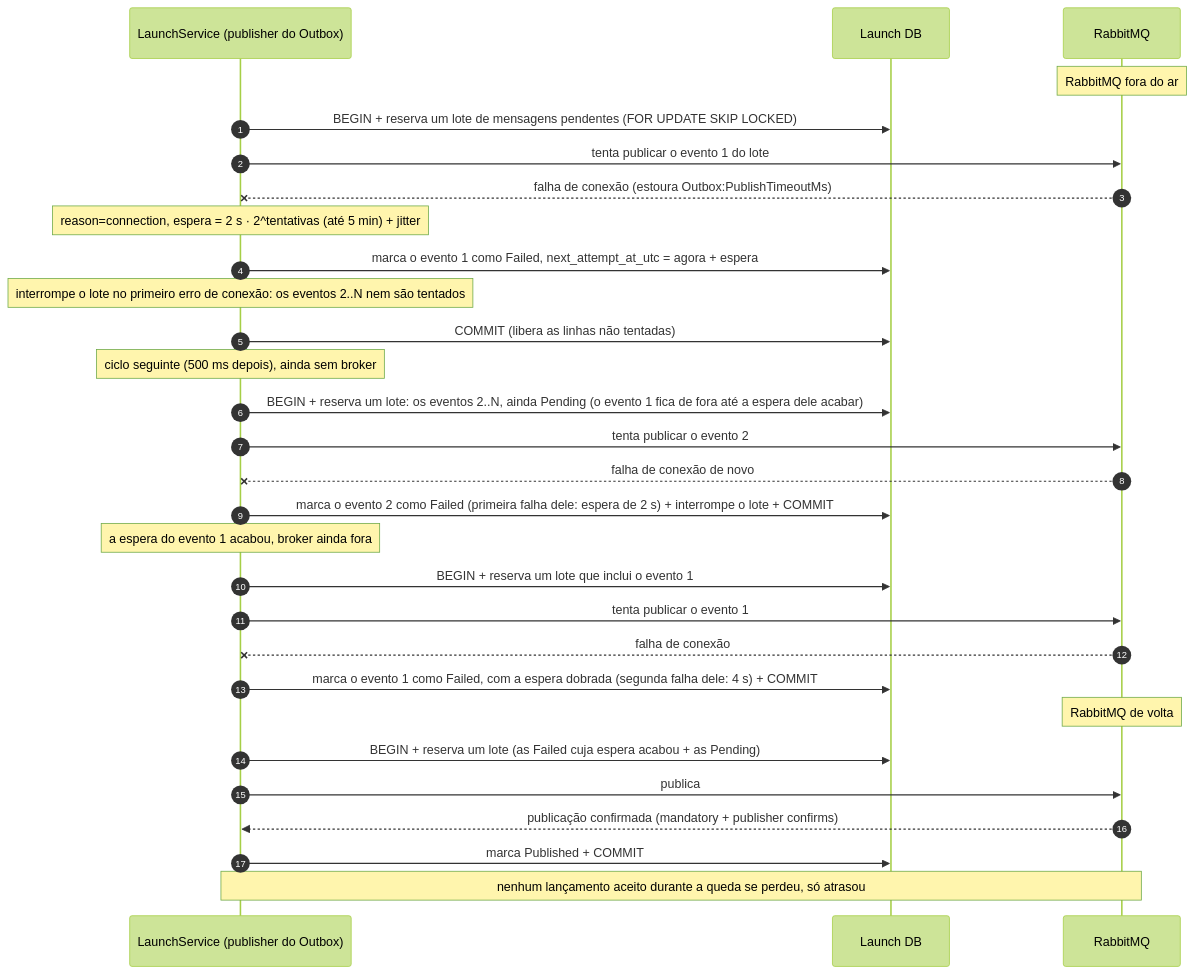
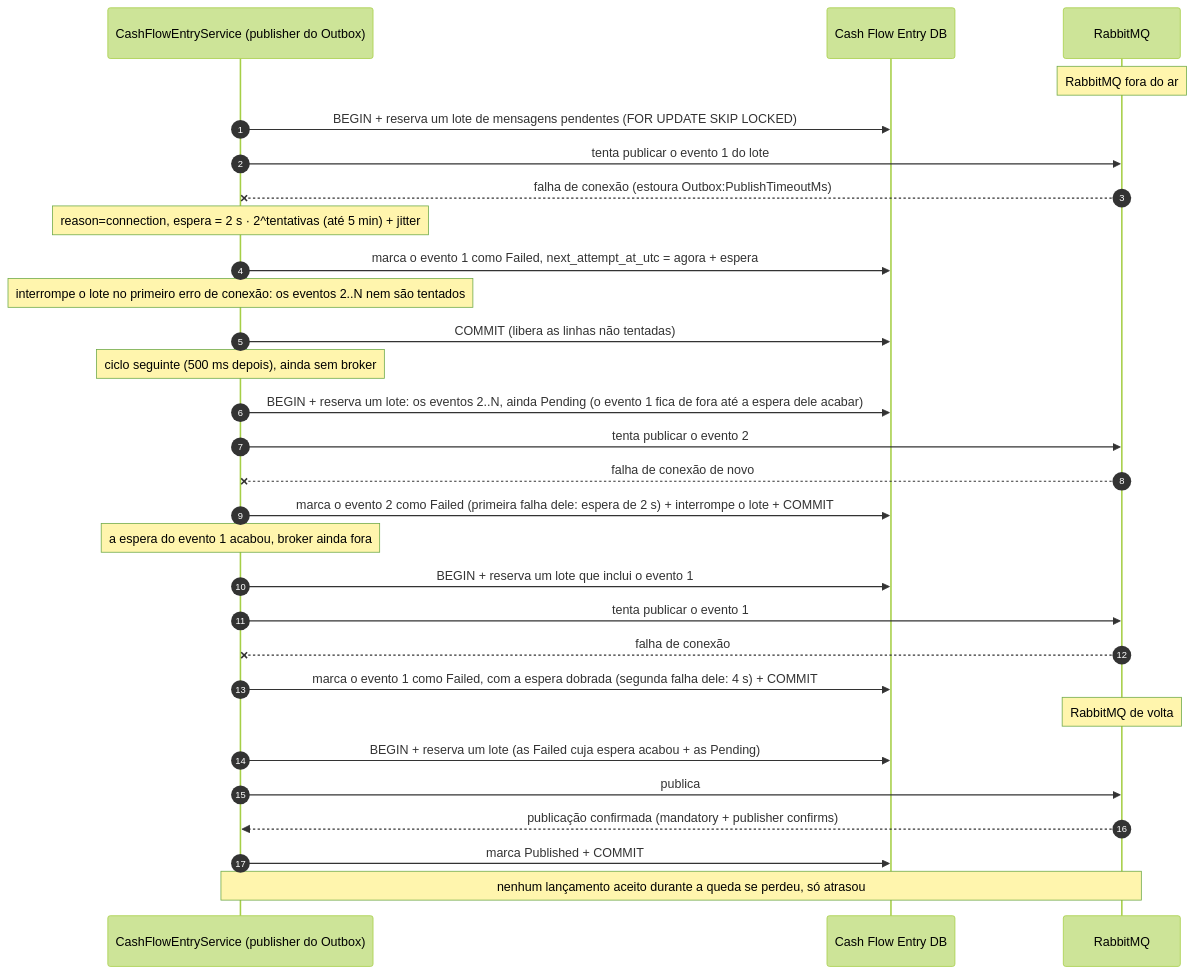
Before and after one commit to willianrattis/cashflow-daily-balance: the second of 2 diagrams in docs/diagrams/09-sequence-transient-retry.md, drawn with Mermaid (forest theme). The commit also changed other lines of this file and 36 other files, not shown here.

Commit message:
docs: update cash flow entry terminology and evidence

````diff
--- a/docs/diagrams/09-sequence-transient-retry.md
+++ b/docs/diagrams/09-sequence-transient-retry.md
@@ -98,36 +98,36 @@
 ```mermaid
 sequenceDiagram
     autonumber
-    participant Publisher as LaunchService (publisher do Outbox)
-    participant LDB as Launch DB
+    participant Publisher as CashFlowEntryService (publisher do Outbox)
+    participant LDB as Cash Flow Entry DB
     participant Broker as RabbitMQ
 
     Note over Broker: RabbitMQ fora do ar
 
     Publisher->>LDB: BEGIN + reserva um lote de mensagens pendentes (FOR UPDATE SKIP LOCKED)
     Publisher->>Broker: tenta publicar o evento 1 do lote
     Broker--xPublisher: falha de conexão (estoura Outbox:PublishTimeoutMs)
     Note over Publisher: reason=connection, espera = 2 s · 2^tentativas (até 5 min) + jitter
     Publisher->>LDB: marca o evento 1 como Failed, next_attempt_at_utc = agora + espera
     Note over Publisher: interrompe o lote no primeiro erro de conexão: os eventos 2..N nem são tentados
     Publisher->>LDB: COMMIT (libera as linhas não tentadas)
 
     Note over Publisher: ciclo seguinte (500 ms depois), ainda sem broker
     Publisher->>LDB: BEGIN + reserva um lote: os eventos 2..N, ainda Pending (o evento 1 fica de fora até a espera dele acabar)
     Publisher->>Broker: tenta publicar o evento 2
     Broker--xPublisher: falha de conexão de novo
     Publisher->>LDB: marca o evento 2 como Failed (primeira falha dele: espera de 2 s) + interrompe o lote + COMMIT
 
     Note over Publisher: a espera do evento 1 acabou, broker ainda fora
     Publisher->>LDB: BEGIN + reserva um lote que inclui o evento 1
     Publisher->>Broker: tenta publicar o evento 1
     Broker--xPublisher: falha de conexão
     Publisher->>LDB: marca o evento 1 como Failed, com a espera dobrada (segunda falha dele: 4 s) + COMMIT
 
     Note over Broker: RabbitMQ de volta
     Publisher->>LDB: BEGIN + reserva um lote (as Failed cuja espera acabou + as Pending)
     Publisher->>Broker: publica
     Broker-->>Publisher: publicação confirmada (mandatory + publisher confirms)
     Publisher->>LDB: marca Published + COMMIT
     Note over Publisher,Broker: nenhum lançamento aceito durante a queda se perdeu, só atrasou
 ```
````
